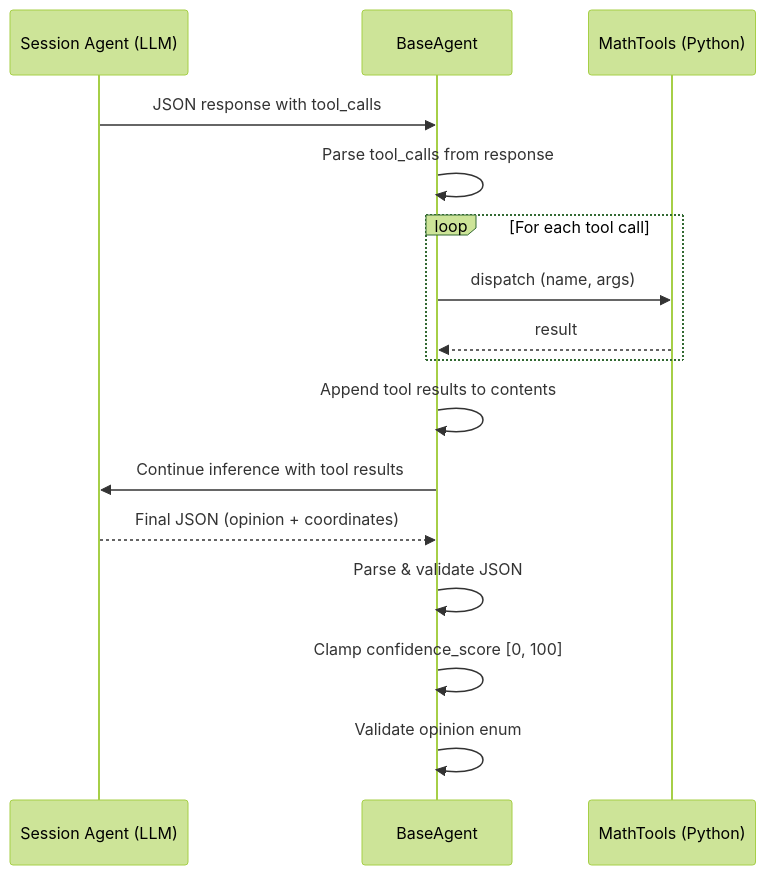
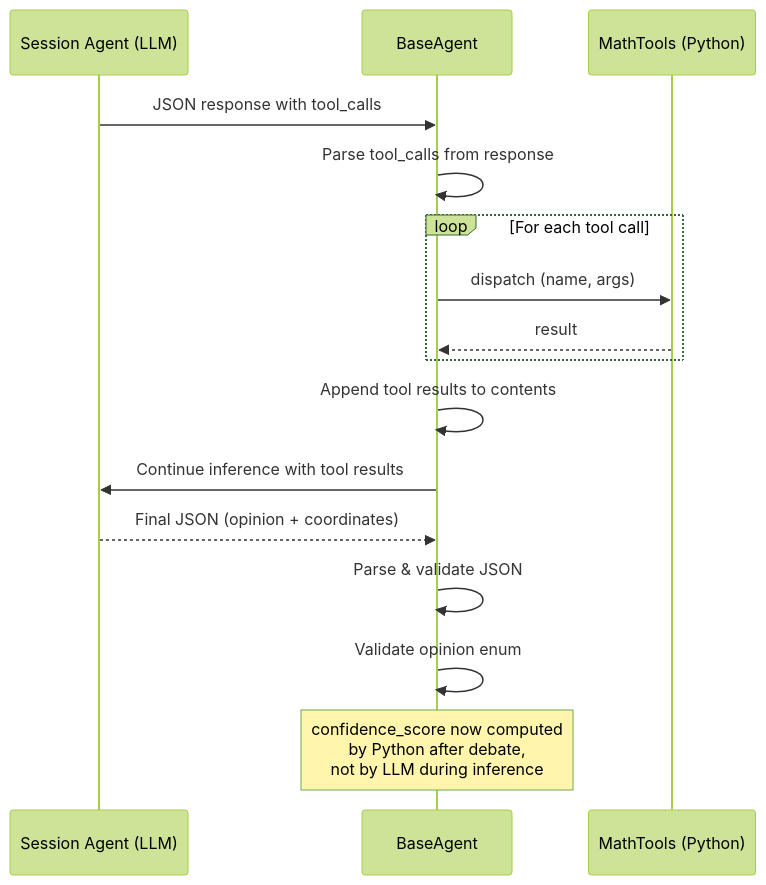
Before and after one commit to jiangyang5157/binary-star: diagram 12 of 12 in docs/binary_star.md, drawn with Mermaid (forest theme). The commit also changed other lines of this file and 1 other file, not shown here.

First line of the commit message:
docs: update README + binary_star.md for LOGIC_MACROS and confidence refactors

````diff
--- a/docs/binary_star.md
+++ b/docs/binary_star.md
@@ -888,19 +898,19 @@
 ```mermaid
 sequenceDiagram
     participant SA as Session Agent (LLM)
     participant BA as BaseAgent
     participant MT as MathTools (Python)
 
     SA->>BA: JSON response with tool_calls
     BA->>BA: Parse tool_calls from response
     loop For each tool call
         BA->>MT: dispatch (name, args)
         MT-->>BA: result
     end
     BA->>BA: Append tool results to contents
     BA->>SA: Continue inference with tool results
     SA-->>BA: Final JSON (opinion + coordinates)
     BA->>BA: Parse & validate JSON
-    BA->>BA: Clamp confidence_score [0, 100]
     BA->>BA: Validate opinion enum
+    Note over BA: confidence_score now computed<br/>by Python after debate,<br/>not by LLM during inference
 ```
````
